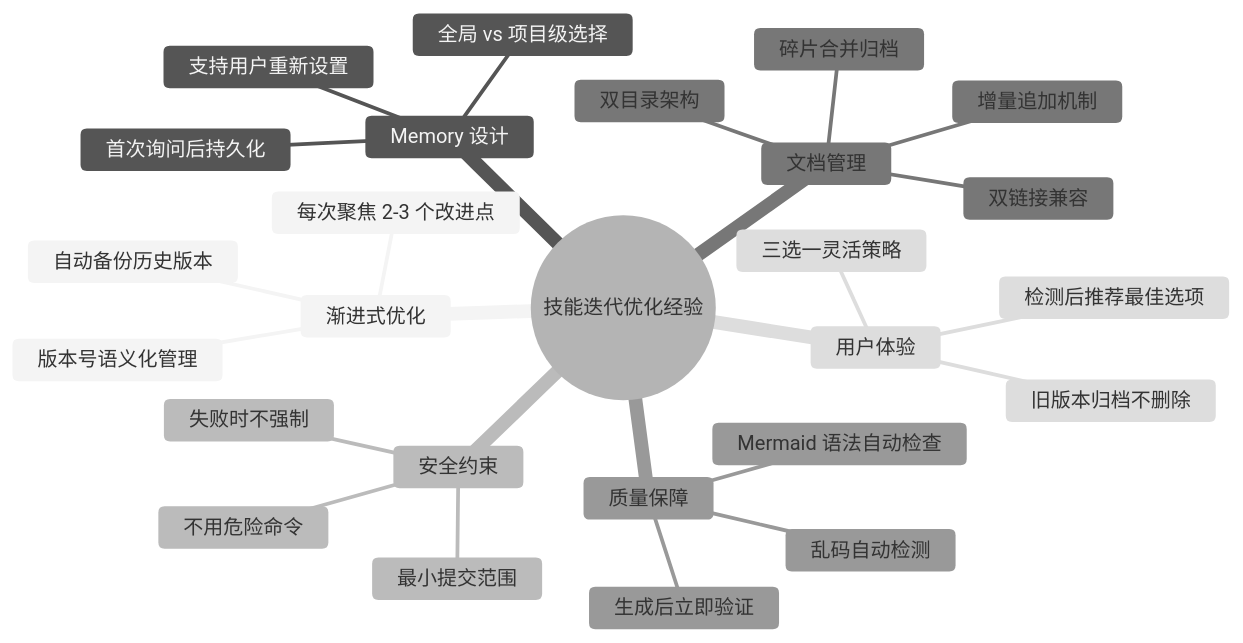
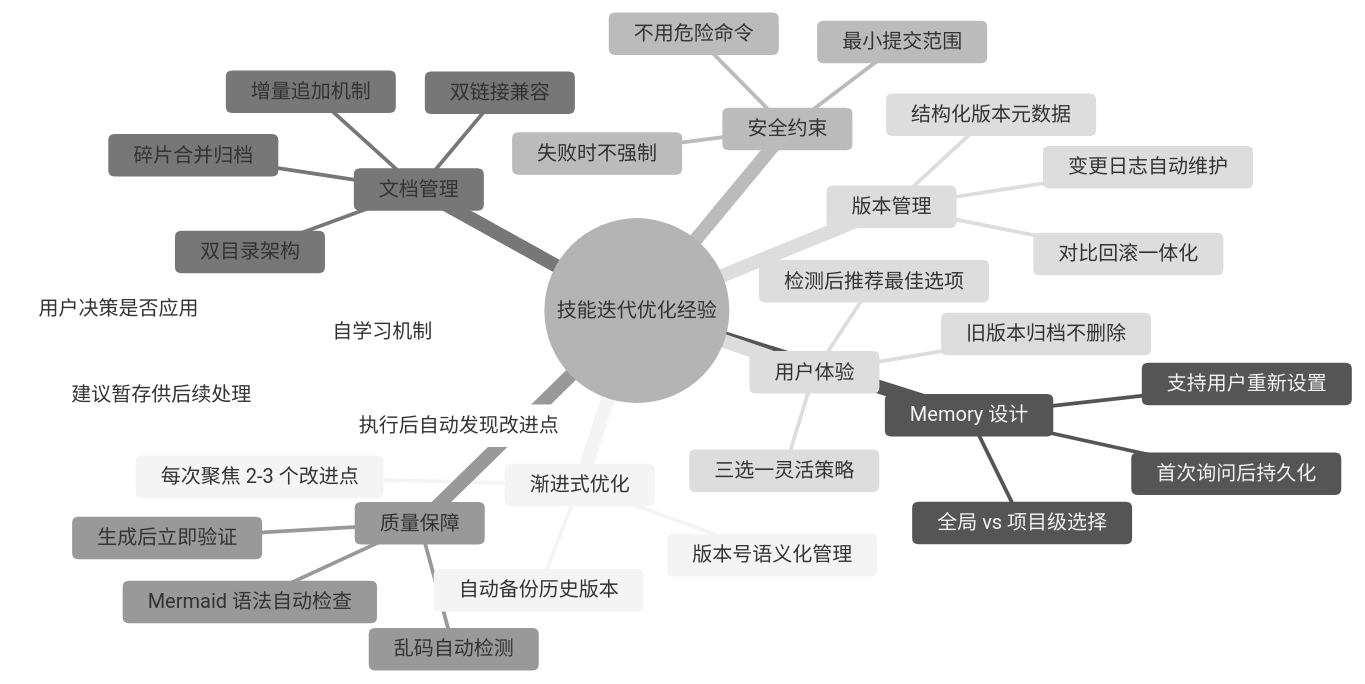
The tenth of 10 diagrams in doc/ai-explore/2026-04-11-my-explore-doc-record技能优化实践探索之旅.md (chujun/aiubuntu1-sh), drawn with Mermaid (neutral theme) before and after one commit. The commit also changed other lines of this file, not shown here.

First line of the commit message:
docs: 更新 my-explore-doc-record 技能优化文档（v1.8.0 自学习机制 + v1.9.0 版本管理）

````diff
--- a/doc/ai-explore/2026-04-11-my-explore-doc-record技能优化实践探索之旅.md
+++ b/doc/ai-explore/2026-04-11-my-explore-doc-record技能优化实践探索之旅.md
@@ -411,29 +476,37 @@
 ```mermaid
 mindmap
     root(("技能迭代优化经验"))
         渐进式优化
             每次聚焦 2-3 个改进点
             版本号语义化管理
             自动备份历史版本
         Memory 设计
             首次询问后持久化
             全局 vs 项目级选择
             支持用户重新设置
         安全约束
             最小提交范围
             不用危险命令
             失败时不强制
         文档管理
             双目录架构
             双链接兼容
             增量追加机制
             碎片合并归档
         质量保障
             Mermaid 语法自动检查
             乱码自动检测
             生成后立即验证
         用户体验
             三选一灵活策略
             检测后推荐最佳选项
             旧版本归档不删除
+        自学习机制
+            执行后自动发现改进点
+            用户决策是否应用
+            建议暂存供后续处理
+        版本管理
+            结构化版本元数据
+            变更日志自动维护
+            对比回滚一体化
 ```
````
